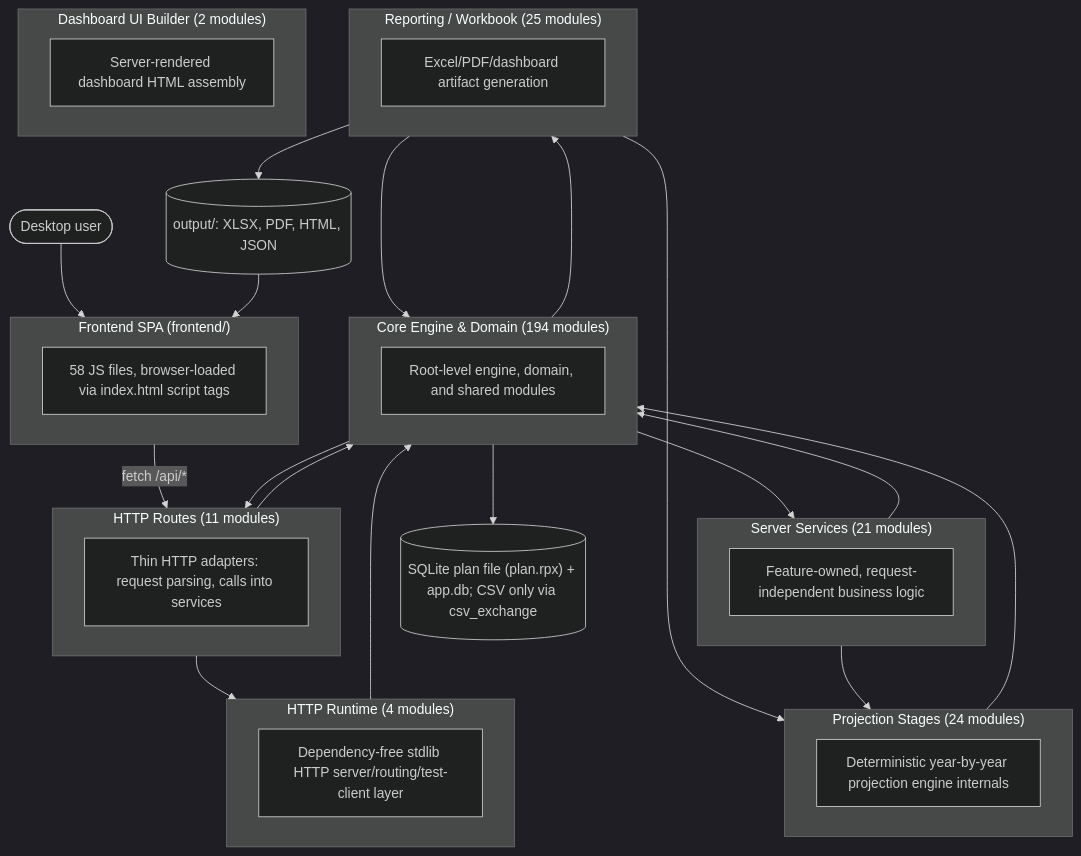
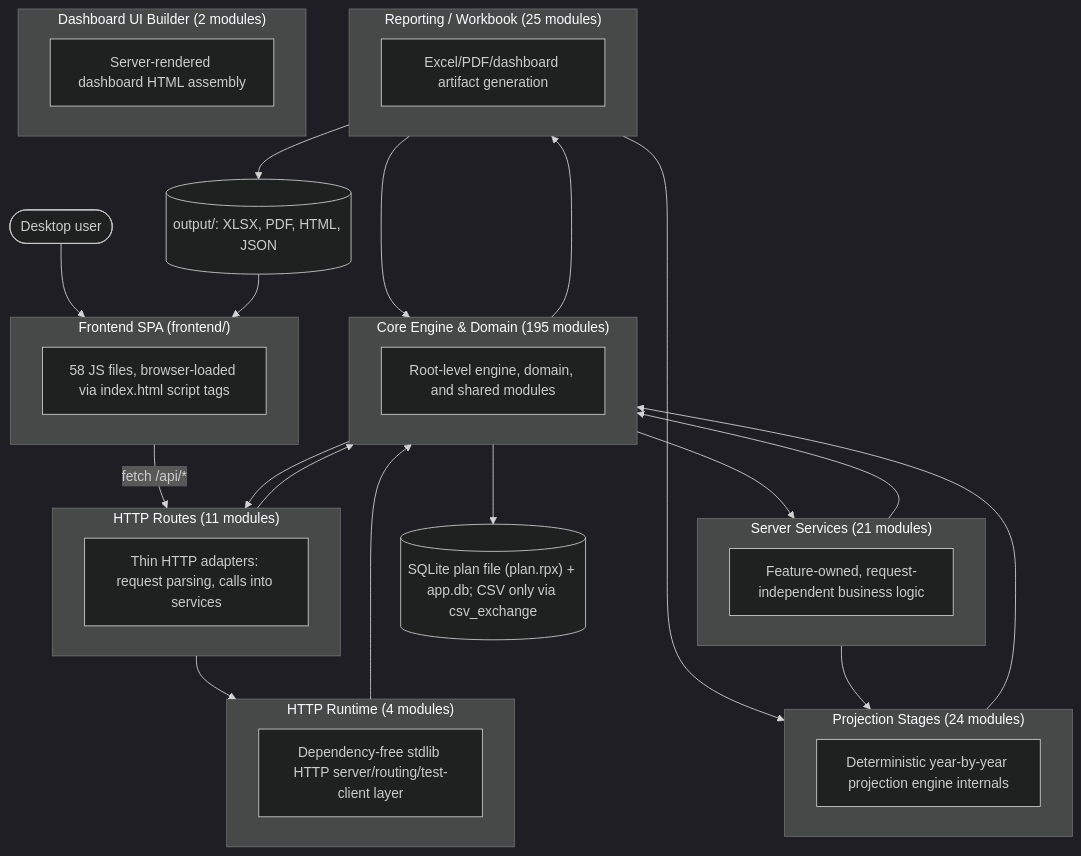
One commit to matthartzman/retirement_system changed the first of 2 diagrams in documentation/reference/SYSTEM_ARCHITECTURE_DIAGRAM.md. Above: the diagram before and after it, drawn with Mermaid (dark theme). The commit also changed other lines of this file, not shown here.

Commit message:
Regenerate the architecture diagram after merging main
Claude-Session: https://claude.ai/code/session_011P6aTmWX7Nbbc7vCw2eLuk

````diff
--- a/documentation/reference/SYSTEM_ARCHITECTURE_DIAGRAM.md
+++ b/documentation/reference/SYSTEM_ARCHITECTURE_DIAGRAM.md
@@ -11,43 +11,43 @@
 ```mermaid
 flowchart TB
     User(["Desktop user"]) --> FE
     subgraph FE["Frontend SPA (frontend/)"]
         FEcount["58 JS files, browser-loaded via index.html script tags"]
     end
     FE -->|fetch /api/*| L_HTTP_Routes
     subgraph L_HTTP_Routes["HTTP Routes (11 modules)"]
         L_HTTP_Routes_d["Thin HTTP adapters: request parsing, calls into services"]
     end
     subgraph L_Server_Services["Server Services (21 modules)"]
         L_Server_Services_d["Feature-owned, request-independent business logic"]
     end
     subgraph L_HTTP_Runtime["HTTP Runtime (4 modules)"]
         L_HTTP_Runtime_d["Dependency-free stdlib HTTP server/routing/test-client layer"]
     end
-    subgraph L_Core_Engine___Domain["Core Engine & Domain (194 modules)"]
+    subgraph L_Core_Engine___Domain["Core Engine & Domain (195 modules)"]
         L_Core_Engine___Domain_d["Root-level engine, domain, and shared modules"]
     end
     subgraph L_Projection_Stages["Projection Stages (24 modules)"]
         L_Projection_Stages_d["Deterministic year-by-year projection engine internals"]
     end
     subgraph L_Reporting___Workbook["Reporting / Workbook (25 modules)"]
         L_Reporting___Workbook_d["Excel/PDF/dashboard artifact generation"]
     end
     subgraph L_Dashboard_UI_Builder["Dashboard UI Builder (2 modules)"]
         L_Dashboard_UI_Builder_d["Server-rendered dashboard HTML assembly"]
     end
     L_Core_Engine___Domain --> L_HTTP_Routes
     L_Core_Engine___Domain --> L_Reporting___Workbook
     L_Core_Engine___Domain --> L_Server_Services
     L_HTTP_Routes --> L_Core_Engine___Domain
     L_HTTP_Routes --> L_HTTP_Runtime
     L_HTTP_Runtime --> L_Core_Engine___Domain
     L_Projection_Stages --> L_Core_Engine___Domain
     L_Reporting___Workbook --> L_Core_Engine___Domain
     L_Reporting___Workbook --> L_Projection_Stages
     L_Server_Services --> L_Core_Engine___Domain
     L_Server_Services --> L_Projection_Stages
     L_Core_Engine___Domain --> DB[("SQLite plan file (plan.rpx) + app.db; CSV only via csv_exchange")]
     L_Reporting___Workbook --> Outputs[("output/: XLSX, PDF, HTML, JSON")]
     Outputs --> FE
 ```
````
